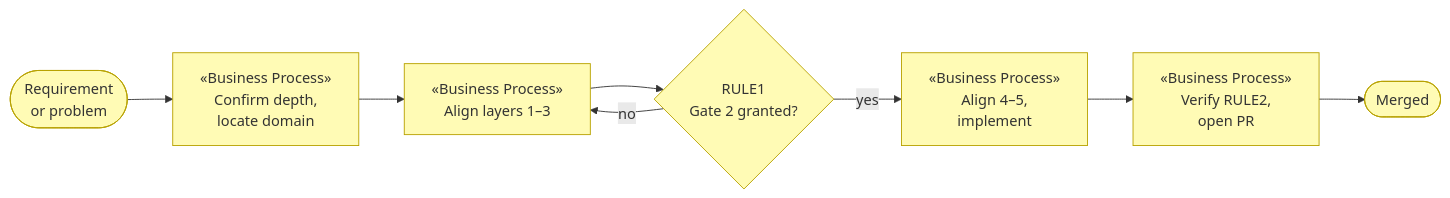
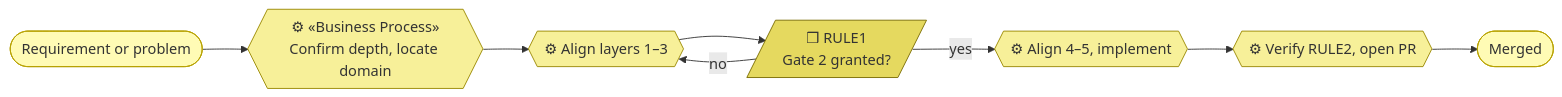
Before and after one commit to roanboc/architecture-archreator: the fourth of 4 diagrams in meta/ea/2_business/2_business-services.md, drawn with Mermaid. The commit also changed other lines of this file and 7 other files, not shown here.

````diff
--- a/meta/ea/2_business/2_business-services.md
+++ b/meta/ea/2_business/2_business-services.md
@@ -42,16 +134,18 @@
 ```mermaid
 flowchart LR
-  req(["Requirement<br>or problem"]):::business
-  depth["«Business Process»<br>Confirm depth,<br>locate domain"]:::business
-  align["«Business Process»<br>Align layers 1–3"]:::business
-  gate{"RULE1<br>Gate 2 granted?"}:::business
-  build["«Business Process»<br>Align 4–5,<br>implement"]:::business
-  verify["«Business Process»<br>Verify RULE2,<br>open PR"]:::business
-  merged(["Merged"]):::business
+  req(["Requirement or problem"]):::start
+  depth{{"⚙ «Business Process»<br>Confirm depth, locate domain"}}:::process
+  align{{"⚙ Align layers 1–3"}}:::process
+  gate[/"❒ RULE1<br>Gate 2 granted?"/]:::rule
+  build{{"⚙ Align 4–5, implement"}}:::process
+  verify{{"⚙ Verify RULE2, open PR"}}:::process
+  merged(["Merged"]):::start
 
   req --> depth --> align --> gate
   gate -- no --> align
   gate -- yes --> build --> verify --> merged
 
-  classDef business fill:#fffbb5,stroke:#b8a200,color:#333
+  classDef start fill:#fffbb5,stroke:#b8a200,color:#333
+  classDef process fill:#f7f099,stroke:#9a8800,color:#333
+  classDef rule fill:#e5d95f,stroke:#7a6c00,color:#333
 ```
````
